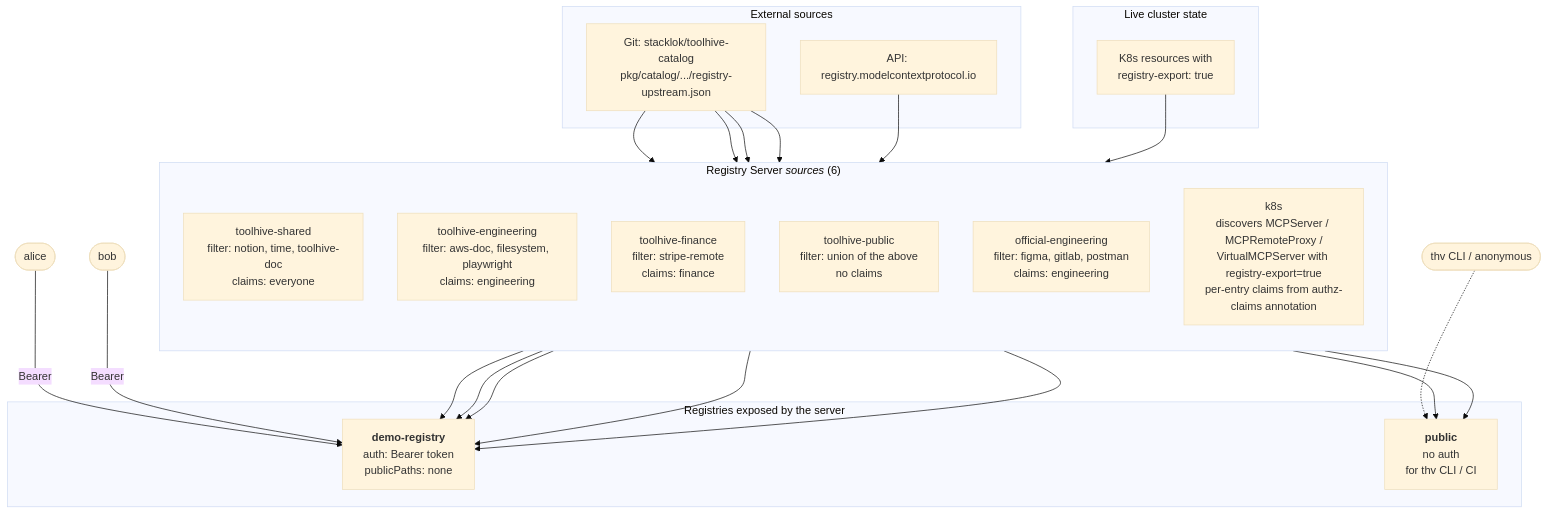
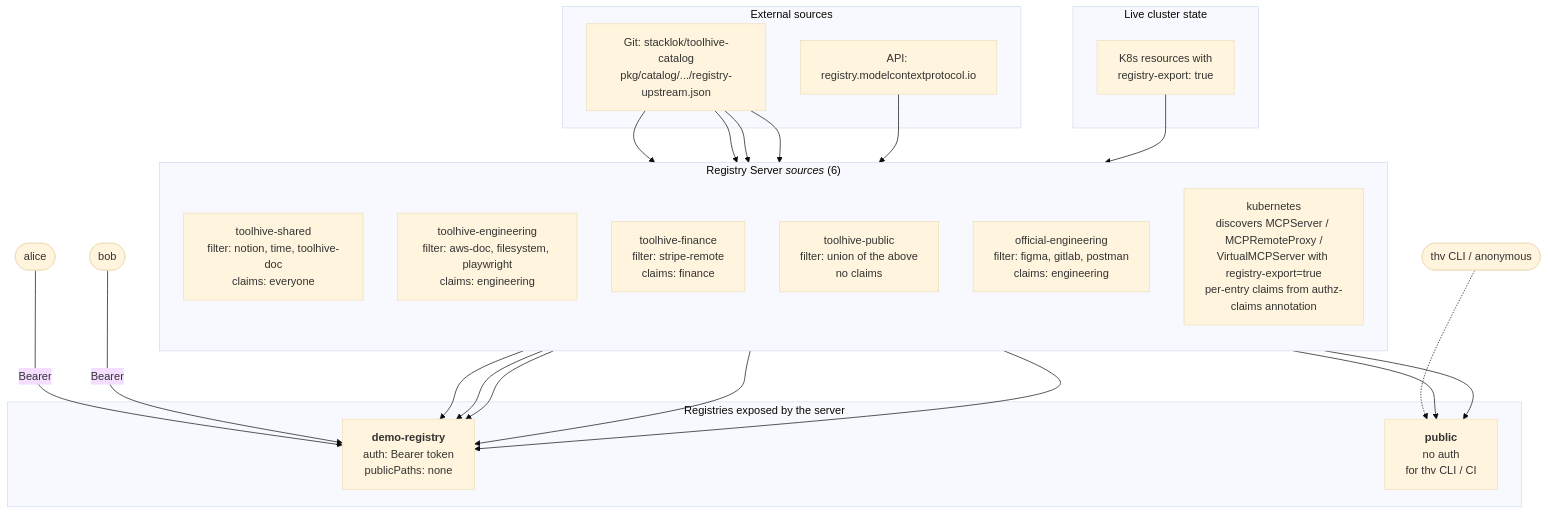
The third of 4 diagrams in ARCHITECTURE.md (StacklokLabs/toolhive-demo-sandbox), drawn with Mermaid (base theme) before and after one commit. The commit also changed other lines of this file and 2 other files, not shown here.

Commit message:
Rename k8s source to kubernetes

````diff
--- a/ARCHITECTURE.md
+++ b/ARCHITECTURE.md
@@ -125,45 +125,45 @@
 ```mermaid
 graph TB
   subgraph external[External sources]
     gitCat[Git: stacklok/toolhive-catalog<br/>pkg/catalog/.../registry-upstream.json]
     mcpApi[API: registry.modelcontextprotocol.io]
   end
 
   subgraph inCluster[Live cluster state]
     k8sRes[K8s resources with<br/>registry-export: true]
   end
 
   subgraph sources["Registry Server <i>sources</i> (6)"]
     direction TB
     s1["toolhive-shared<br/>filter: notion, time, toolhive-doc<br/>claims: everyone"]
     s2["toolhive-engineering<br/>filter: aws-doc, filesystem, playwright<br/>claims: engineering"]
     s3["toolhive-finance<br/>filter: stripe-remote<br/>claims: finance"]
     s4["toolhive-public<br/>filter: union of the above<br/>no claims"]
     s5["official-engineering<br/>filter: figma, gitlab, postman<br/>claims: engineering"]
-    s6["k8s<br/>discovers MCPServer / MCPRemoteProxy /<br/>VirtualMCPServer with registry-export=true<br/>per-entry claims from authz-claims annotation"]
+    s6["kubernetes<br/>discovers MCPServer / MCPRemoteProxy /<br/>VirtualMCPServer with registry-export=true<br/>per-entry claims from authz-claims annotation"]
   end
 
   subgraph registries["Registries exposed by the server"]
     demoReg["<b>demo-registry</b><br/>auth: Bearer token<br/>publicPaths: none"]
     pubReg["<b>public</b><br/>no auth<br/>for thv CLI / CI"]
   end
 
   gitCat --> s1
   gitCat --> s2
   gitCat --> s3
   gitCat --> s4
   mcpApi --> s5
   k8sRes --> s6
 
   s1 --> demoReg
   s2 --> demoReg
   s3 --> demoReg
   s5 --> demoReg
   s6 --> demoReg
   s6 --> pubReg
   s4 --> pubReg
 
   alice([alice]) -->|Bearer| demoReg
   bob([bob]) -->|Bearer| demoReg
   cli([thv CLI / anonymous]) -.-> pubReg
 ```
````
